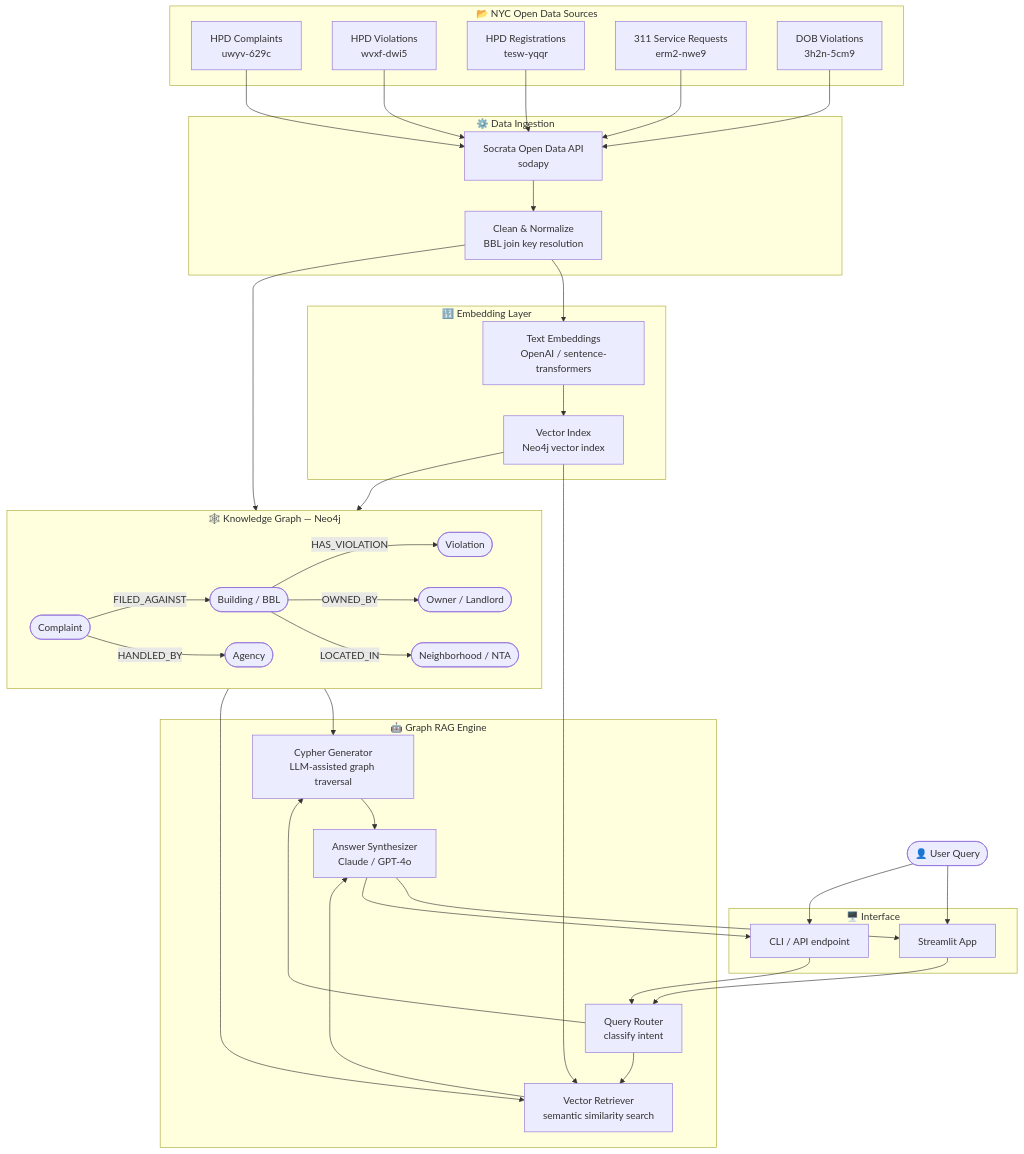
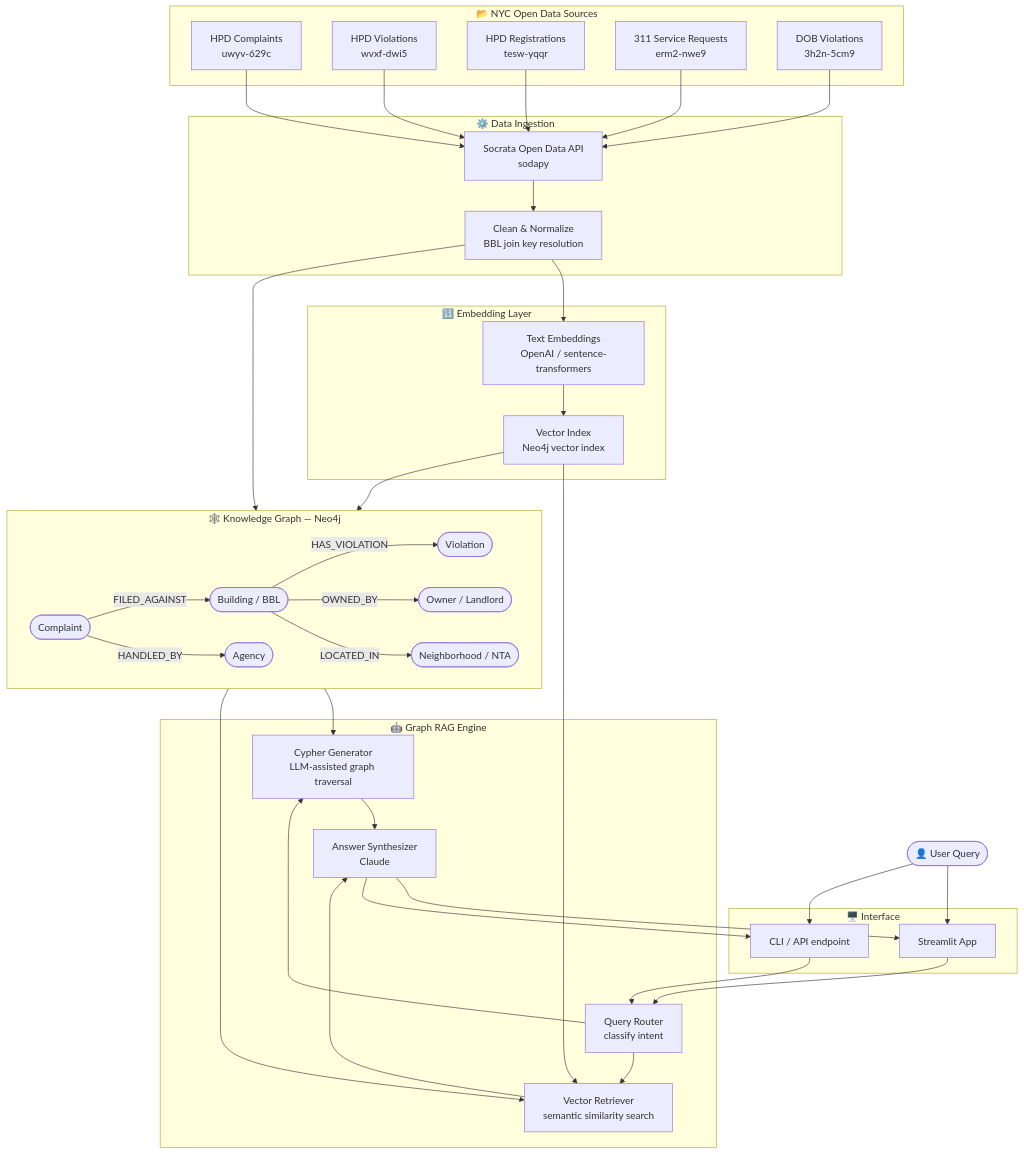
The diagram in README.md (bobflagg/whos-watching-your-building), drawn with Mermaid before and after one commit. The commit also changed other lines of this file and 3 other files, not shown here.

````diff
--- a/README.md
+++ b/README.md
@@ -59,64 +59,64 @@
 ```mermaid
 flowchart TD
     subgraph SOURCES["📂 NYC Open Data Sources"]
         D1["HPD Complaints\nuwyv-629c"]
         D2["HPD Violations\nwvxf-dwi5"]
         D3["HPD Registrations\ntesw-yqqr"]
         D4["311 Service Requests\nerm2-nwe9"]
         D5["DOB Violations\n3h2n-5cm9"]
     end
 
     subgraph INGEST["⚙️ Data Ingestion"]
         SODA["Socrata Open Data API\nsodapy"]
         CLEAN["Clean & Normalize\nBBL join key resolution"]
     end
 
     subgraph GRAPH["🕸️ Knowledge Graph — Neo4j"]
         N1(["Building / BBL"])
         N2(["Complaint"])
         N3(["Violation"])
         N4(["Owner / Landlord"])
         N5(["Agency"])
         N6(["Neighborhood / NTA"])
 
         N2 -->|FILED_AGAINST| N1
         N1 -->|HAS_VIOLATION| N3
         N1 -->|OWNED_BY| N4
         N1 -->|LOCATED_IN| N6
         N2 -->|HANDLED_BY| N5
     end
 
     subgraph EMBED["🔢 Embedding Layer"]
         EMB["Text Embeddings\nOpenAI / sentence-transformers"]
         VIDX["Vector Index\nNeo4j vector index"]
     end
 
     subgraph RAG["🤖 Graph RAG Engine"]
         ROUTER["Query Router\nclassify intent"]
         CYPHER["Cypher Generator\nLLM-assisted graph traversal"]
         VRET["Vector Retriever\nsemantic similarity search"]
-        SYNTH["Answer Synthesizer\nClaude / GPT-4o"]
+        SYNTH["Answer Synthesizer\nClaude"]
     end
 
     subgraph UI["🖥️ Interface"]
         APP["Streamlit App"]
         CLI["CLI / API endpoint"]
     end
 
     D1 & D2 & D3 & D4 & D5 --> SODA
     SODA --> CLEAN
     CLEAN --> GRAPH
     CLEAN --> EMB
     EMB --> VIDX
     VIDX --> GRAPH
 
     GRAPH --> CYPHER
     GRAPH --> VRET
     VIDX --> VRET
 
     USER(["👤 User Query"]) --> APP & CLI
     APP & CLI --> ROUTER
     ROUTER --> CYPHER & VRET
     CYPHER & VRET --> SYNTH
     SYNTH --> APP & CLI
 ```
````
